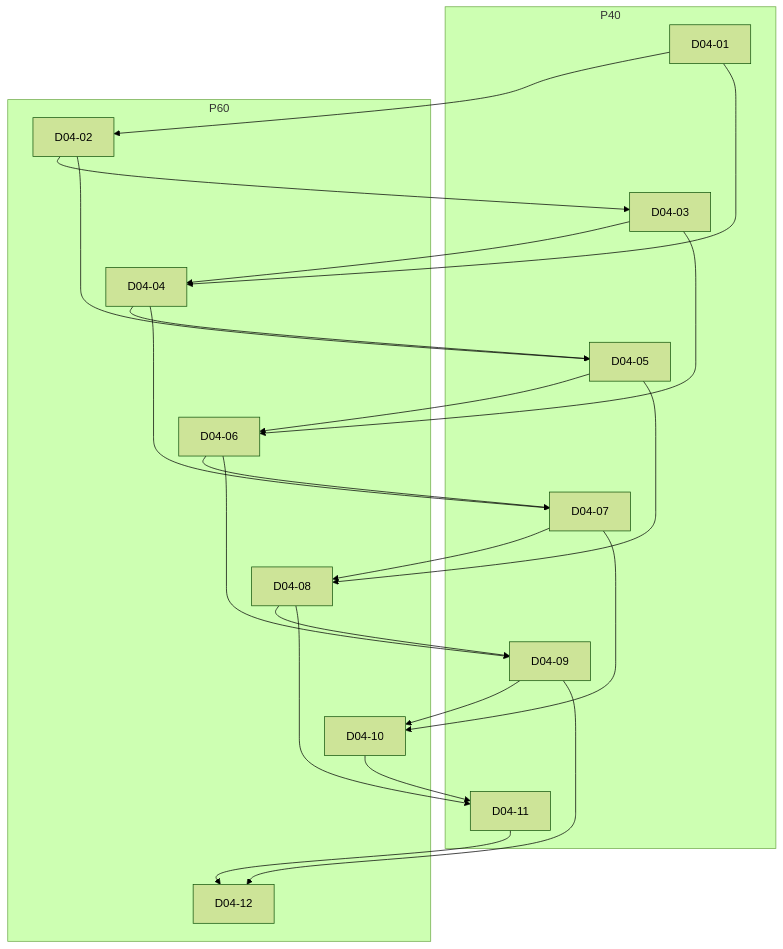
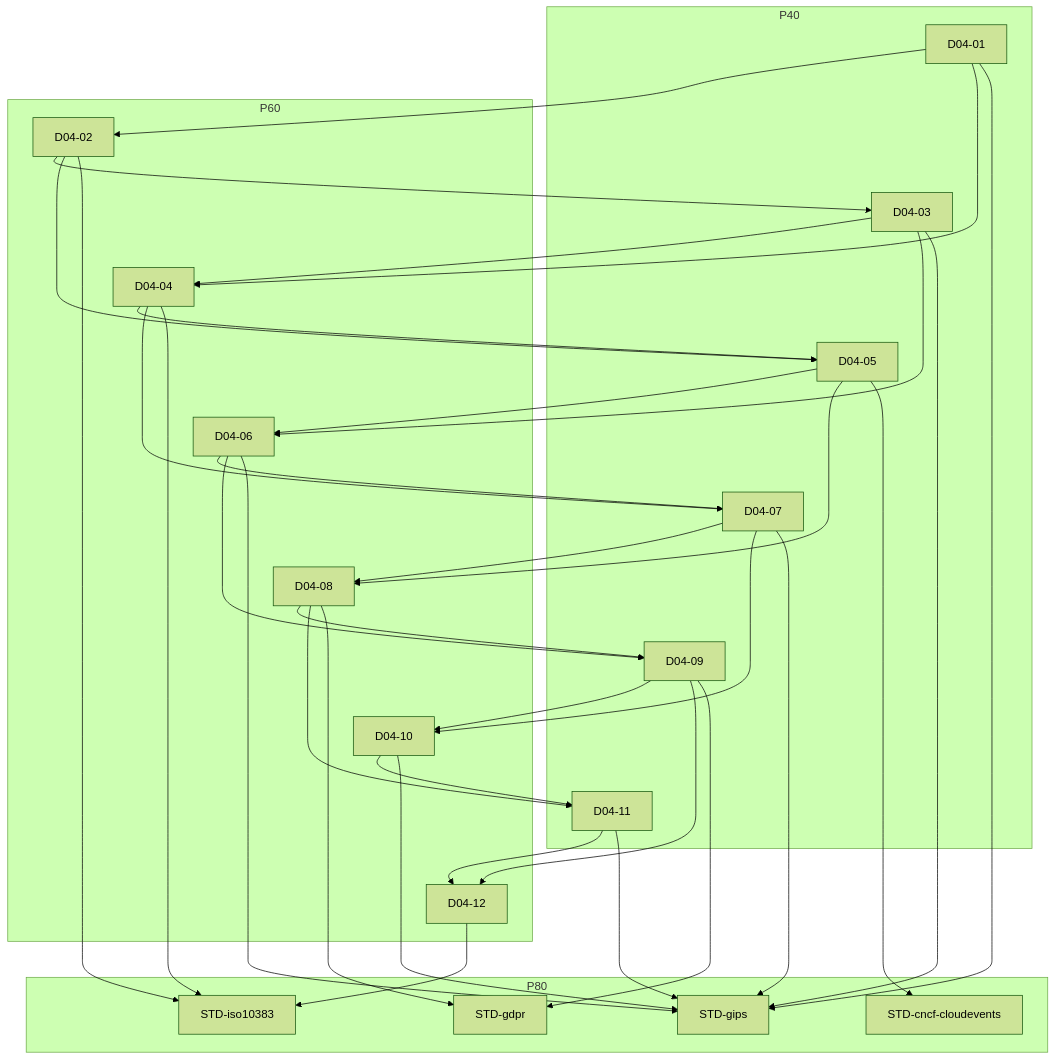
One commit to Monyeah777/NarrativeForge changed the diagram in community/AI金融投研与风控域包/outputs/charts/CONCEPT_DAG.mmd. Above: the diagram before and after it, drawn with Mermaid (forest theme). The commit also changed 721 other files, not shown here.

```diff
--- a/community/AI金融投研与风控域包/outputs/charts/CONCEPT_DAG.mmd
+++ b/community/AI金融投研与风控域包/outputs/charts/CONCEPT_DAG.mmd
@@ -1,38 +1,56 @@
 %% 概念前置图（由 community/AI金融投研与风控域包/assets/CONCEPT_GRAPH.md 确定性派生；唯一机读真相在资产 §4 围栏块）
 flowchart TD
   subgraph P40[P40]
     D04-01
     D04-03
     D04-05
     D04-07
     D04-09
     D04-11
   end
   subgraph P60[P60]
     D04-02
     D04-04
     D04-06
     D04-08
     D04-10
     D04-12
+  end
+  subgraph P80[P80]
+    STD-cncf-cloudevents
+    STD-gdpr
+    STD-gips
+    STD-iso10383
   end
   D04-01 --> D04-02
   D04-02 --> D04-03
   D04-03 --> D04-04
   D04-01 --> D04-04
   D04-04 --> D04-05
   D04-02 --> D04-05
   D04-05 --> D04-06
   D04-03 --> D04-06
   D04-06 --> D04-07
   D04-04 --> D04-07
   D04-07 --> D04-08
   D04-05 --> D04-08
   D04-08 --> D04-09
   D04-06 --> D04-09
   D04-09 --> D04-10
   D04-07 --> D04-10
   D04-10 --> D04-11
   D04-08 --> D04-11
   D04-11 --> D04-12
   D04-09 --> D04-12
+  D04-05 --> STD-cncf-cloudevents
+  D04-08 --> STD-gdpr
+  D04-09 --> STD-gdpr
+  D04-01 --> STD-gips
+  D04-03 --> STD-gips
+  D04-06 --> STD-gips
+  D04-07 --> STD-gips
+  D04-10 --> STD-gips
+  D04-11 --> STD-gips
+  D04-02 --> STD-iso10383
+  D04-04 --> STD-iso10383
+  D04-12 --> STD-iso10383
```
